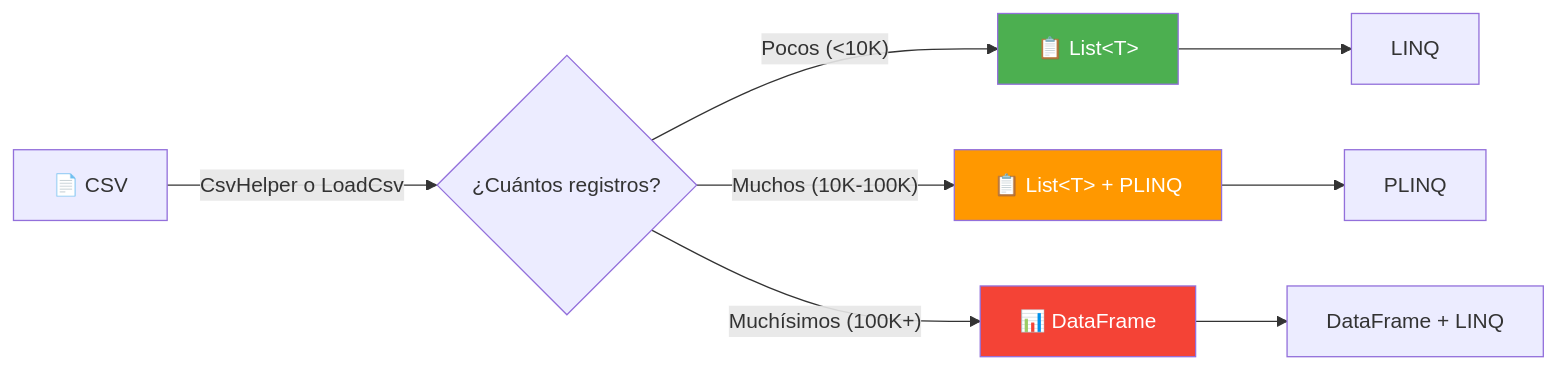
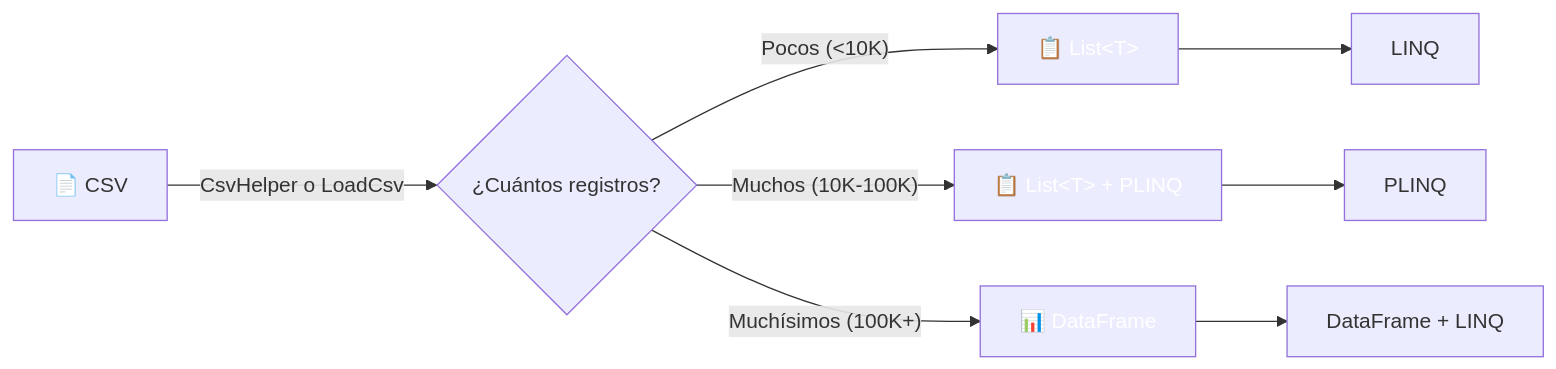
One commit to joseluisgs/DesarrolloWebEntornosServidor-01-2026-2027 changed the first of 2 diagrams in 13-linq-dataframes.md. Above: the diagram before and after it, drawn with Mermaid. The commit also changed other lines of this file and 66 other files, not shown here.

First line of the commit message:
fix: normalizar titulos al castellano de frase y corregir la paleta de mermaid

````diff
--- a/13-linq-dataframes.md
+++ b/13-linq-dataframes.md
@@ -538,15 +538,15 @@
 ```mermaid
 graph LR
     A["📄 CSV"] -->|"CsvHelper o LoadCsv"| B{"¿Cuántos registros?"}
     B -->|"Pocos (<10K)"| C["📋 List&lt;T&gt;"]
     B -->|"Muchos (10K-100K)"| D["📋 List&lt;T&gt; + PLINQ"]
     B -->|"Muchísimos (100K+)"| E["📊 DataFrame"]
 
     C --> F["LINQ"]
     D --> G["PLINQ"]
     E --> H["DataFrame + LINQ"]
 
-    style C fill:#4CAF50,color:#fff
-    style D fill:#FF9800,color:#fff
-    style E fill:#f44336,color:#fff
+    style C fill:#4CAF5,color:#fff0,color:#fff
+    style D fill:#FF980,color:#fff0,color:#fff
+    style E fill:#f4433,color:#fff6,color:#fff
 ```
````
